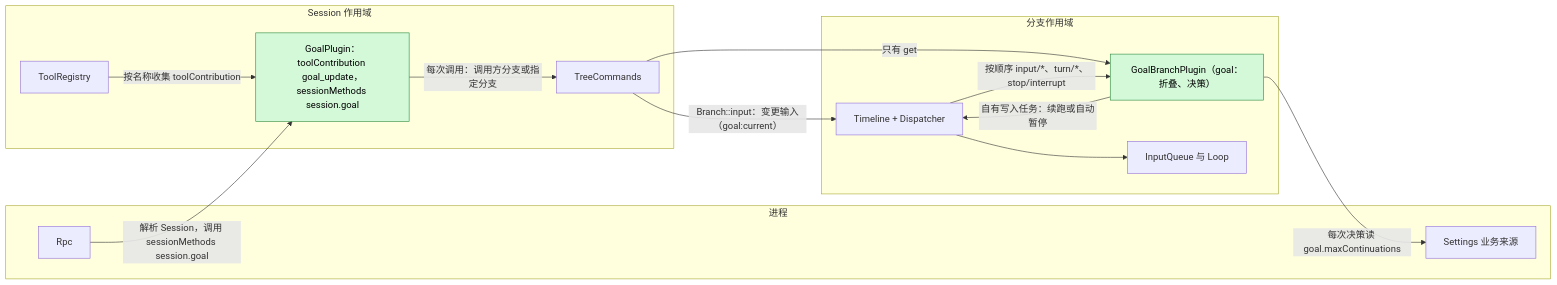
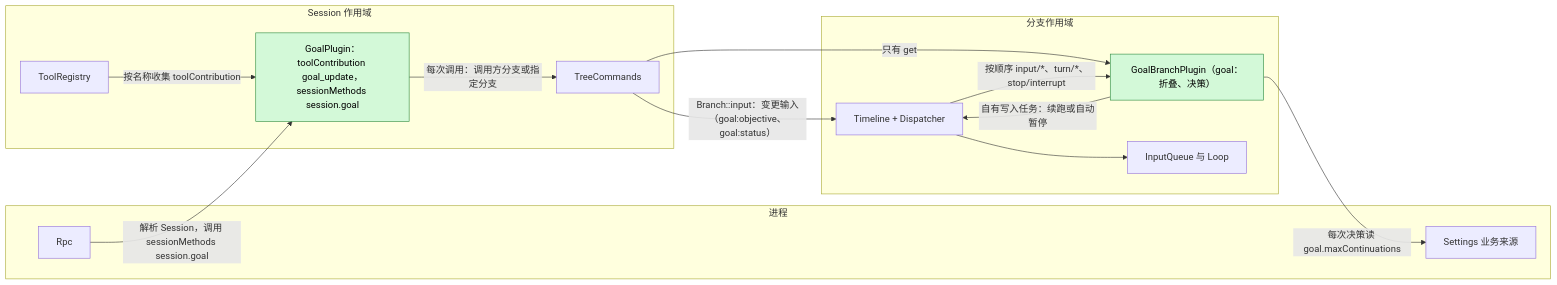
The first of 6 diagrams in docs/zh/design/plugins/Goal.md (CoutinhoTTS/dim-agent), drawn with Mermaid before and after one commit. The commit also changed other lines of this file and 5 other files, not shown here.

First line of the commit message:
docs(design): keep Goal objective and status under separate keys

````diff
--- a/docs/zh/design/plugins/Goal.md
+++ b/docs/zh/design/plugins/Goal.md
@@ -11,27 +11,27 @@
 ```mermaid
 flowchart LR
   subgraph PROC["进程"]
     Rpc["Rpc"]
     Settings["Settings 业务来源"]
   end
   subgraph SESS["Session 作用域"]
     GS["GoalPlugin：toolContribution goal_update，sessionMethods session.goal"]:::new
     TR["ToolRegistry"]
     TC["TreeCommands"]
   end
   subgraph BR["分支作用域"]
     GB["GoalBranchPlugin（goal：折叠、决策）"]:::new
     TL["Timeline + Dispatcher"]
     IQ["InputQueue 与 Loop"]
   end
   TR -- "按名称收集 toolContribution" --> GS
   Rpc -- "解析 Session，调用 sessionMethods session.goal" --> GS
   GS -- "每次调用：调用方分支或指定分支" --> TC
-  TC -- "Branch::input：变更输入（goal:current）" --> TL
+  TC -- "Branch::input：变更输入（goal:objective、goal:status）" --> TL
   TC -- "只有 get" --> GB
   TL -- "按顺序 input/*、turn/*、stop/interrupt" --> GB
   GB -- "自有写入任务：续跑或自动暂停" --> TL
   GB -- "每次决策读 goal.maxContinuations" --> Settings
   TL --> IQ
   classDef new fill:#d3f9d8,stroke:#2b8a3e,color:#000
 ```
````
